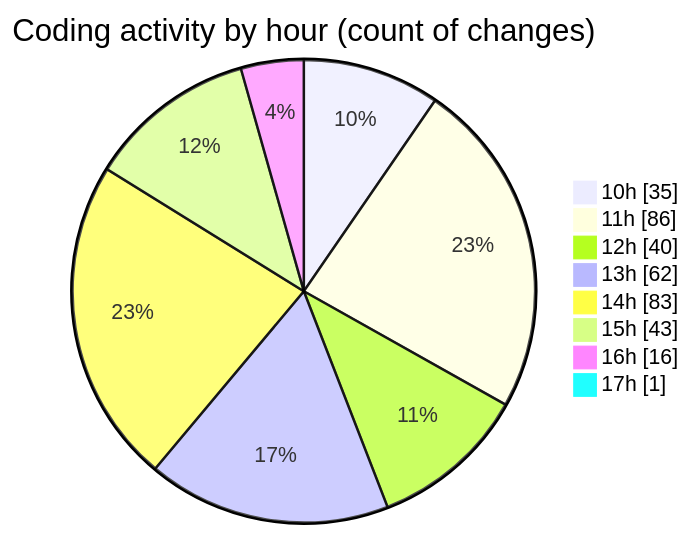
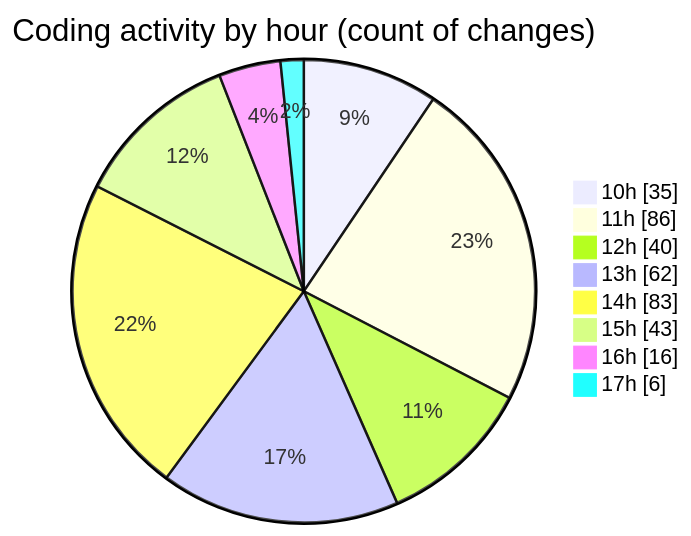
Before and after one commit to momahboobian/code-tracking: the second of 2 diagrams in 2025-03-28/cda/README.md, drawn with Mermaid. The commit also changed other lines of this file and 1 other file, not shown here.

````diff
--- a/2025-03-28/cda/README.md
+++ b/2025-03-28/cda/README.md
@@ -45,12 +46,12 @@
 ```mermaid
 pie showData
 title Coding activity by hour (count of changes)
 "10h" : 35
 "11h" : 86
 "12h" : 40
 "13h" : 62
 "14h" : 83
 "15h" : 43
 "16h" : 16
-"17h" : 1
+"17h" : 6
 ```
````
